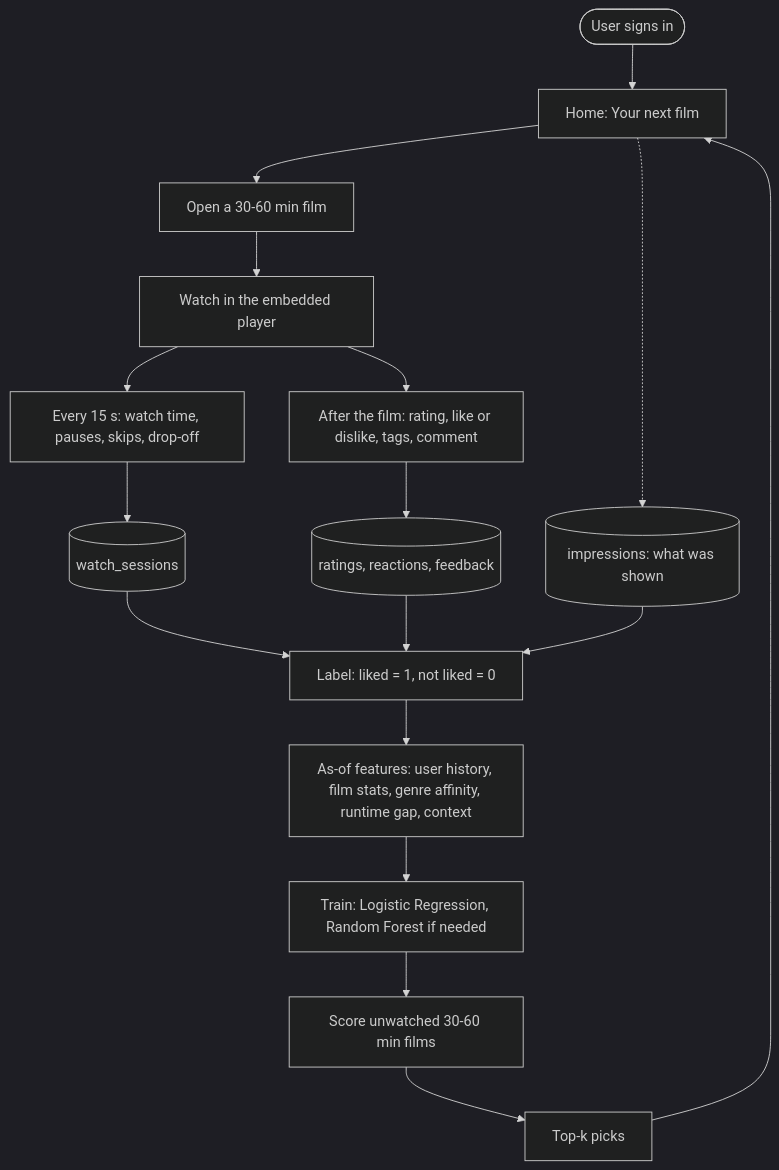
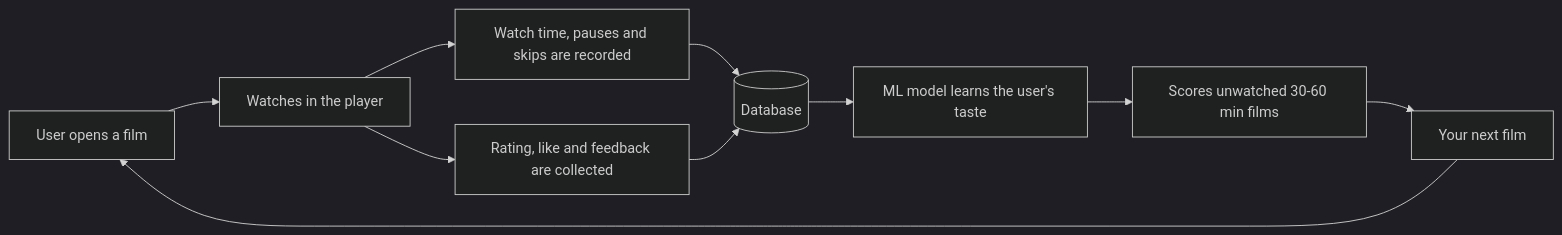
The first of 2 diagrams in README.md (codervishal207max/nextwatch), drawn with Mermaid (dark theme) before and after one commit. The commit also changed other lines of this file, not shown here.

````diff
--- a/README.md
+++ b/README.md
@@ -80,19 +9,12 @@
 ```mermaid
-flowchart TD
-    A([User signs in]) --> B["Home: Your next film"]
-    B --> C["Open a 30-60 min film"]
-    C --> D["Watch in the embedded player"]
-    D --> E["Every 15 s: watch time, pauses, skips, drop-off"]
-    D --> F["After the film: rating, like or dislike, tags, comment"]
-    E --> G[("watch_sessions")]
-    F --> H[("ratings, reactions, feedback")]
-    B -.-> I[("impressions: what was shown")]
-    G --> J["Label: liked = 1, not liked = 0"]
-    H --> J
-    I --> J
-    J --> K["As-of features: user history, film stats, genre affinity, runtime gap, context"]
-    K --> L["Train: Logistic Regression, Random Forest if needed"]
-    L --> M["Score unwatched 30-60 min films"]
-    M --> N["Top-k picks"]
-    N --> B
+flowchart LR
+    A["User opens a film"] --> B["Watches in the player"]
+    B --> C["Watch time, pauses and skips are recorded"]
+    B --> D["Rating, like and feedback are collected"]
+    C --> E[("Database")]
+    D --> E
+    E --> F["ML model learns the user's taste"]
+    F --> G["Scores unwatched 30-60 min films"]
+    G --> H["Your next film"]
+    H --> A
 ```
````
